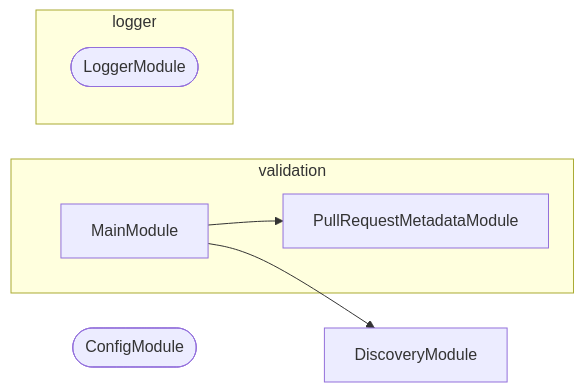
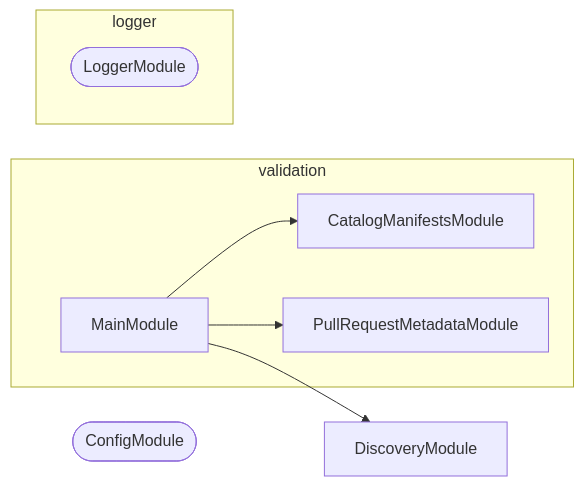
The diagram in tools/validation/AGENTS.md (JimmyPaolini/codebase), drawn with Mermaid before and after one commit. The commit also changed 14 other files, not shown here.

Commit message:
refactor(validation): ♻️ check the workspace catalog manifests from the validation application

````diff
--- a/tools/validation/AGENTS.md
+++ b/tools/validation/AGENTS.md
@@ -86,14 +86,16 @@
 ```mermaid
 flowchart LR
   subgraph group0["validation"]
+    CatalogManifestsModule
     MainModule
     PullRequestMetadataModule
   end
   subgraph group1["logger"]
     LoggerModule([LoggerModule])
   end
   ConfigModule([ConfigModule])
   DiscoveryModule
+  MainModule --> CatalogManifestsModule
   MainModule --> DiscoveryModule
   MainModule --> PullRequestMetadataModule
 ```
````
